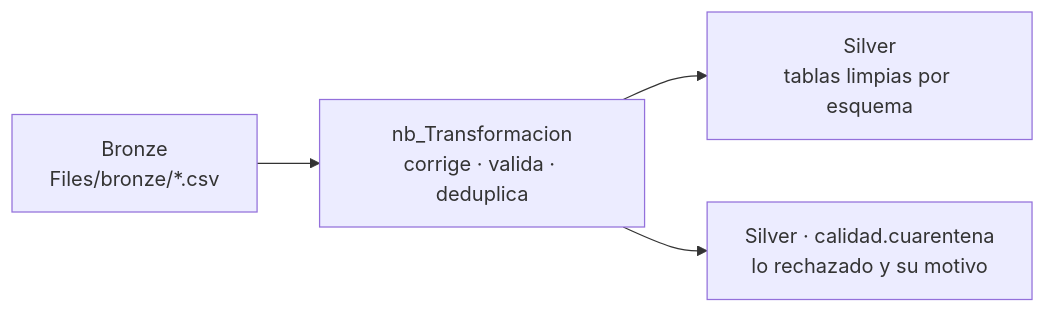
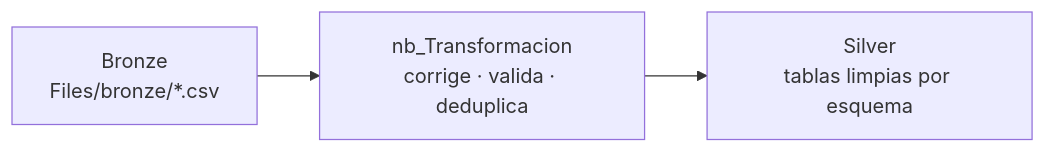
The diagram in 03-Transformacion/README.md (sebastian-rivera-DK/CapacitacionSierracol), drawn with Mermaid before and after one commit. The commit also changed other lines of this file and 7 other files, not shown here.

````diff
--- a/03-Transformacion/README.md
+++ b/03-Transformacion/README.md
@@ -5,6 +5,5 @@
 ```mermaid
 flowchart LR
     B["Bronze<br/>Files/bronze/*.csv"] --> NB["nb_Transformacion<br/>corrige · valida · deduplica"]
     NB --> S["Silver<br/>tablas limpias por esquema"]
-    NB --> Q["Silver · calidad.cuarentena<br/>lo rechazado y su motivo"]
 ```
````
